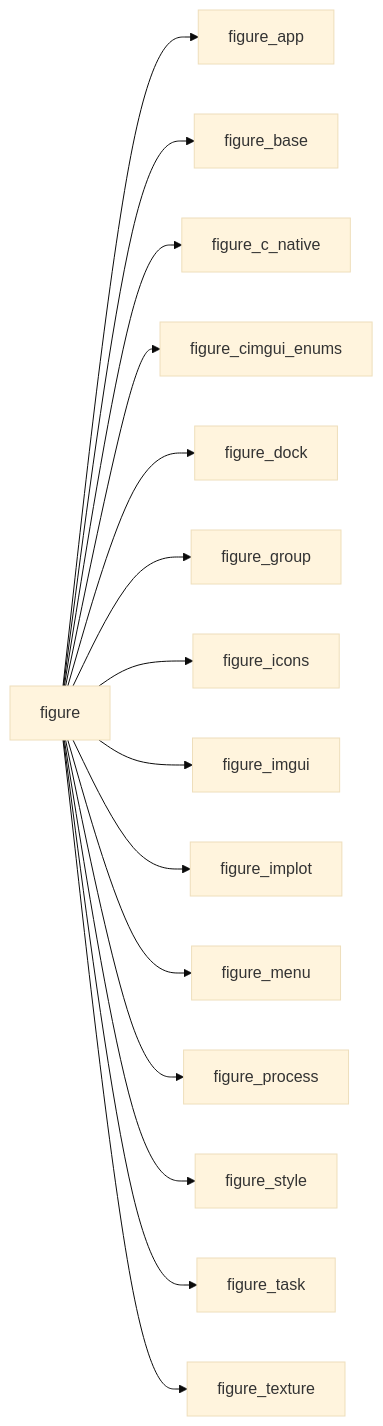
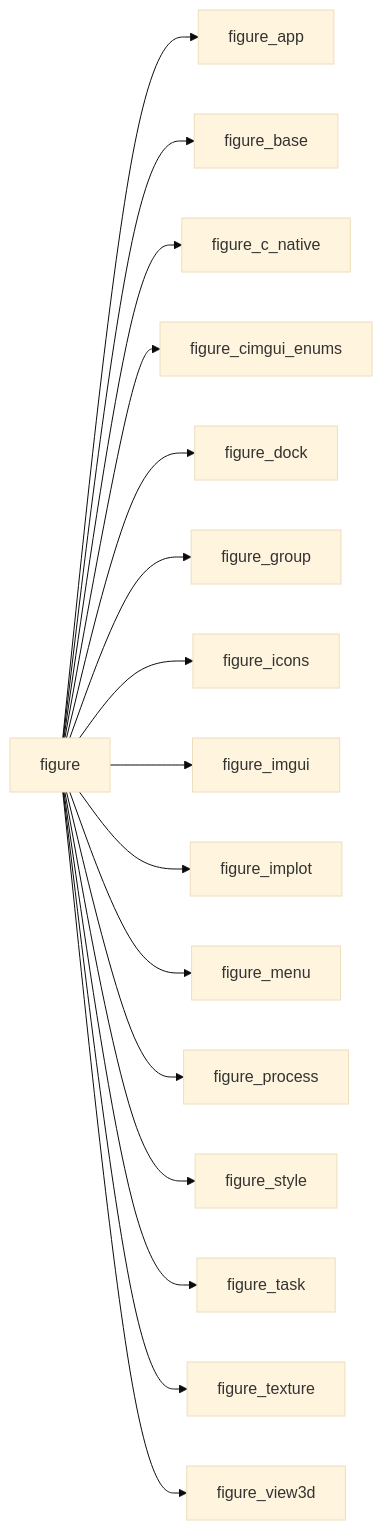
The diagram in docs/api/src/lib/figure.md (szaghi/figure), drawn with Mermaid (base theme) before and after one commit. The commit also changed other lines of this file and 10 other files, not shown here.

````diff
--- a/docs/api/src/lib/figure.md
+++ b/docs/api/src/lib/figure.md
@@ -22,17 +22,18 @@
 ```mermaid
 graph LR
   figure["figure"] --> figure_app["figure_app"]
   figure["figure"] --> figure_base["figure_base"]
   figure["figure"] --> figure_c_native["figure_c_native"]
   figure["figure"] --> figure_cimgui_enums["figure_cimgui_enums"]
   figure["figure"] --> figure_dock["figure_dock"]
   figure["figure"] --> figure_group["figure_group"]
   figure["figure"] --> figure_icons["figure_icons"]
   figure["figure"] --> figure_imgui["figure_imgui"]
   figure["figure"] --> figure_implot["figure_implot"]
   figure["figure"] --> figure_menu["figure_menu"]
   figure["figure"] --> figure_process["figure_process"]
   figure["figure"] --> figure_style["figure_style"]
   figure["figure"] --> figure_task["figure_task"]
   figure["figure"] --> figure_texture["figure_texture"]
+  figure["figure"] --> figure_view3d["figure_view3d"]
 ```
````
